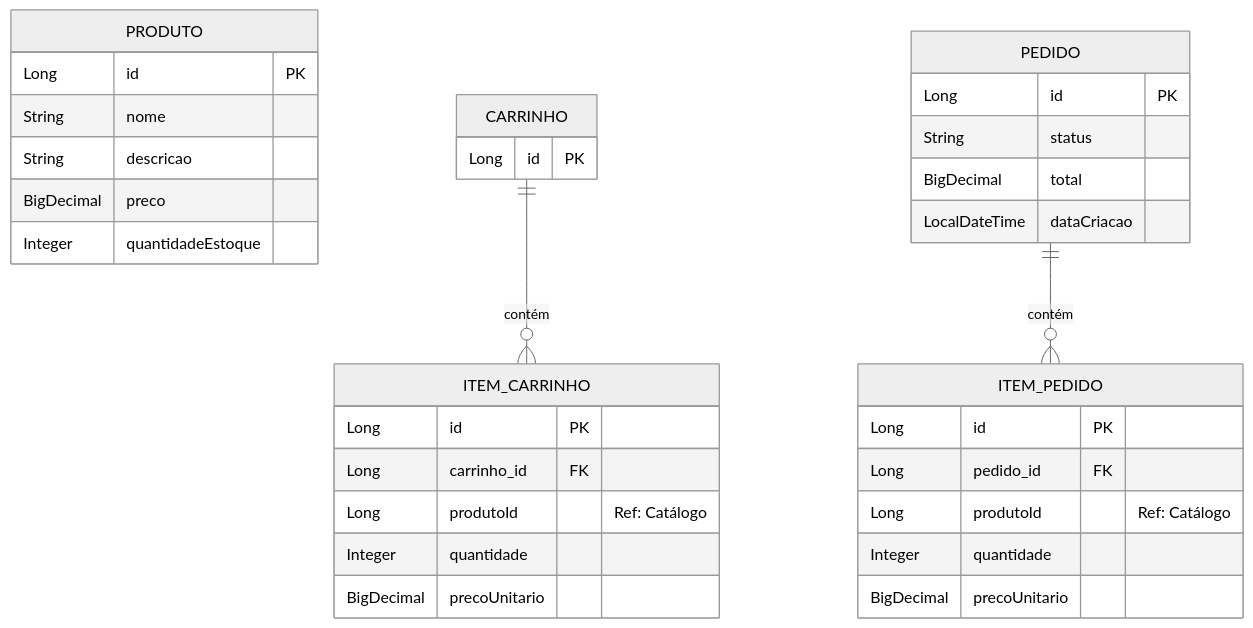
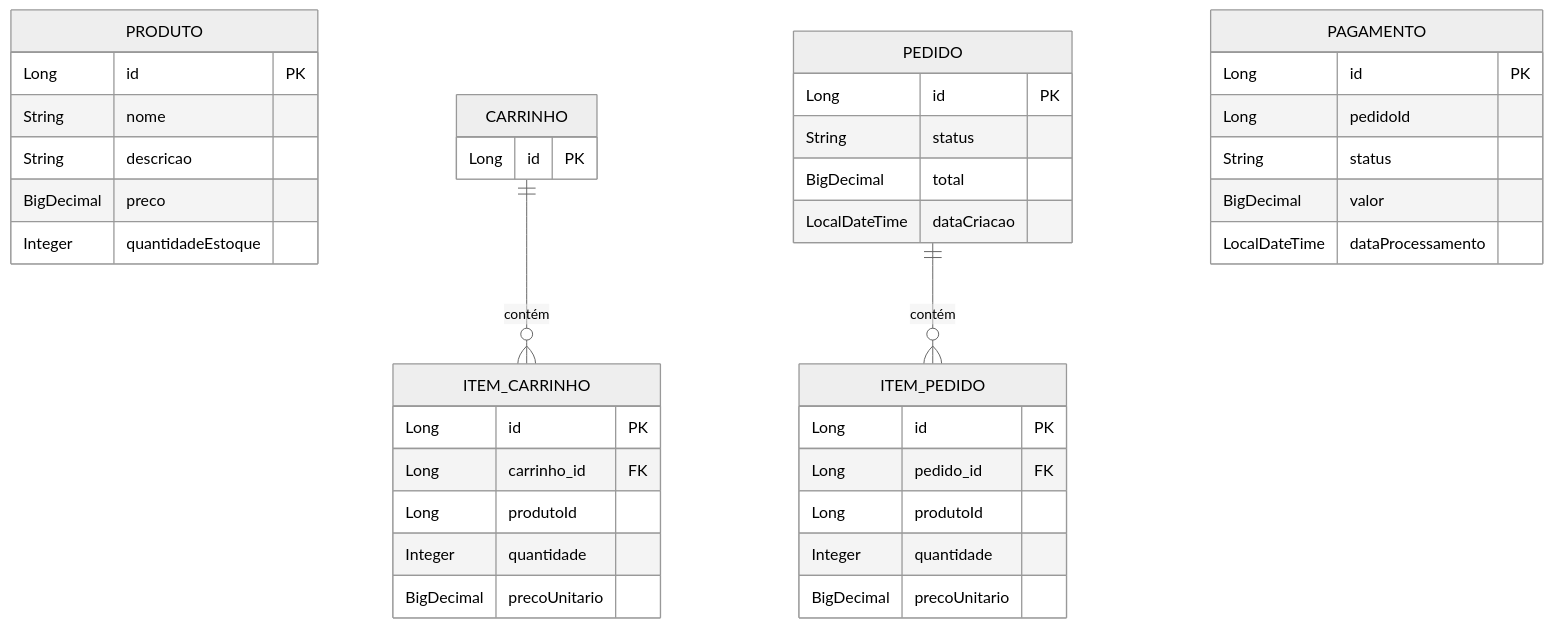
The third of 3 diagrams in readme.md (Matheusz19/projeto_de_bloco_ecommerce_microsservices), drawn with Mermaid (neutral theme) before and after one commit. The commit also changed other lines of this file and 108 other files, not shown here.

````diff
--- a/readme.md
+++ b/readme.md
@@ -145,37 +103,43 @@
 ```mermaid
+erDiagram
+   PRODUTO {
+      Long id PK
+      String nome
+      String descricao
+      BigDecimal preco
+      Integer quantidadeEstoque
+   }
+   CARRINHO {
+      Long id PK
+   }
+   ITEM_CARRINHO {
+      Long id PK
+      Long carrinho_id FK
+      Long produtoId
+      Integer quantidade
+      BigDecimal precoUnitario
+   }
+   PEDIDO {
+      Long id PK
+      String status
+      BigDecimal total
+      LocalDateTime dataCriacao
+   }
+   ITEM_PEDIDO {
+      Long id PK
+      Long pedido_id FK
+      Long produtoId
+      Integer quantidade
+      BigDecimal precoUnitario
+   }
+   PAGAMENTO {
+      Long id PK
+      Long pedidoId
+      String status
+      BigDecimal valor
+      LocalDateTime dataProcessamento
+   }
 
-erDiagram
-    PRODUTO {
-        Long id PK
-        String nome
-        String descricao
-        BigDecimal preco
-        Integer quantidadeEstoque
-    }
-    CARRINHO {
-        Long id PK
-    }
-    ITEM_CARRINHO {
-        Long id PK
-        Long carrinho_id FK
-        Long produtoId "Ref: Catálogo"
-        Integer quantidade
-        BigDecimal precoUnitario
-    }
-    PEDIDO {
-        Long id PK
-        String status
-        BigDecimal total
-        LocalDateTime dataCriacao
-    }
-    ITEM_PEDIDO {
-        Long id PK
-        Long pedido_id FK
-        Long produtoId "Ref: Catálogo"
-        Integer quantidade
-        BigDecimal precoUnitario
-    }
-
-    CARRINHO ||--o{ ITEM_CARRINHO : "contém"
-    PEDIDO ||--o{ ITEM_PEDIDO : "contém"
+   CARRINHO ||--o{ ITEM_CARRINHO : "contém"
+   PEDIDO ||--o{ ITEM_PEDIDO : "contém"
 ```
````
